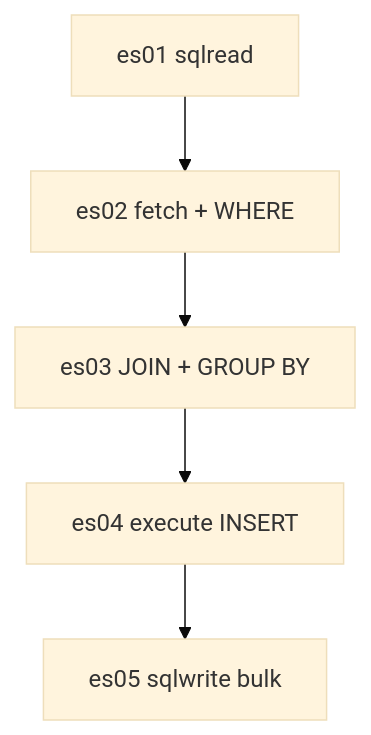
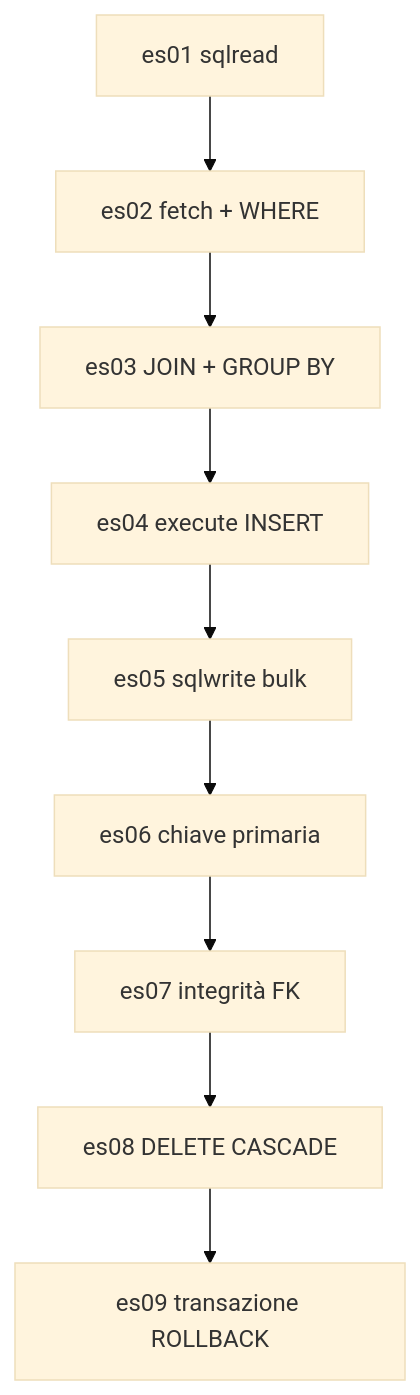
Before and after one commit to lucadagati/Lab_Fondamenti_di_Informatica_25_26: the sixth of 6 diagrams in 07-matlab-sqlite-database/README.md, drawn with Mermaid (base theme). The commit also changed other lines of this file and 12 other files, not shown here.

````diff
--- a/07-matlab-sqlite-database/README.md
+++ b/07-matlab-sqlite-database/README.md
@@ -202,7 +234,11 @@
 ```mermaid
 flowchart TD
     es01["es01 sqlread"] --> es02["es02 fetch + WHERE"]
     es02 --> es03["es03 JOIN + GROUP BY"]
     es03 --> es04["es04 execute INSERT"]
     es04 --> es05["es05 sqlwrite bulk"]
+    es05 --> es06["es06 chiave primaria"]
+    es06 --> es07["es07 integrità FK"]
+    es07 --> es08["es08 DELETE CASCADE"]
+    es08 --> es09["es09 transazione ROLLBACK"]
 ```
````
